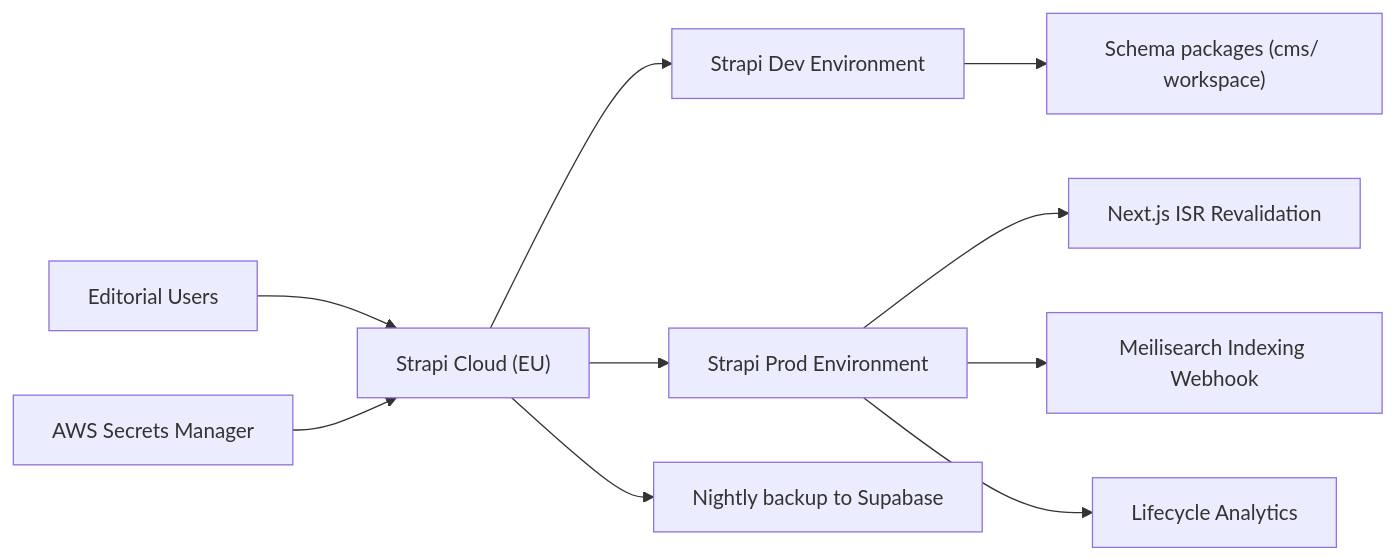
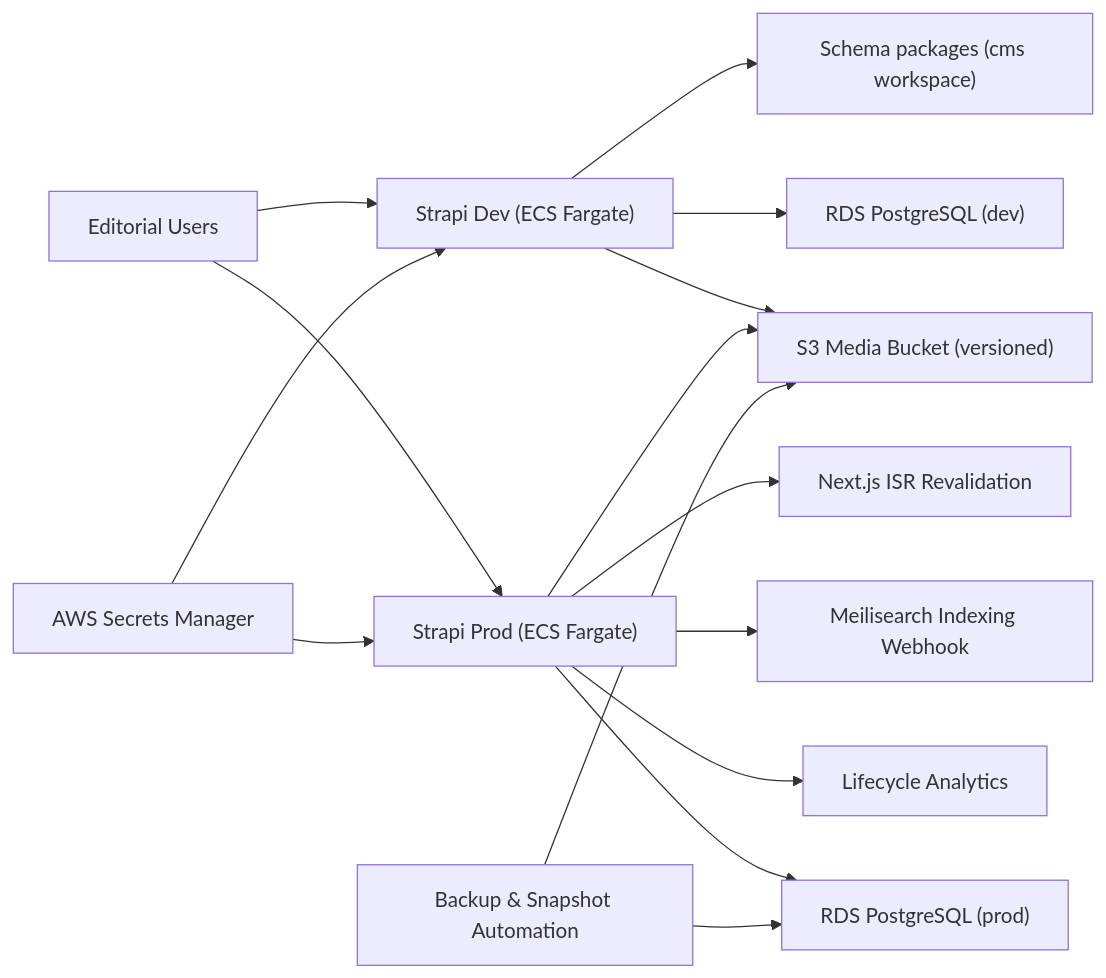
The diagram in docs/diagrams/adr-010-content-management-platform/architecture-overview.mmd (marcelkenner/clarivum), drawn with Mermaid before and after one commit. The commit also changed 75 other files, not shown here.

````diff
--- a/docs/diagrams/adr-010-content-management-platform/architecture-overview.mmd
+++ b/docs/diagrams/adr-010-content-management-platform/architecture-overview.mmd
@@ -1,12 +1,17 @@
 ```mermaid
 flowchart LR
-    Editors["Editorial Users"] --> StrapiCloud["Strapi Cloud (EU)"]
-    StrapiCloud --> DevEnv["Strapi Dev Environment"]
-    StrapiCloud --> ProdEnv["Strapi Prod Environment"]
-    DevEnv --> GitPackages["Schema packages (cms/ workspace)"]
-    ProdEnv --> NextRevalidate["Next.js ISR Revalidation"]
-    ProdEnv --> MeilisearchWebhook["Meilisearch Indexing Webhook"]
-    ProdEnv --> AnalyticsWebhook["Lifecycle Analytics"]
-    StrapiCloud --> SupabaseBackup["Nightly backup to Supabase"]
-    SecretsManager["AWS Secrets Manager"] --> StrapiCloud
+    Editors["Editorial Users"] --> StrapiDev["Strapi Dev (ECS Fargate)"]
+    Editors --> StrapiProd["Strapi Prod (ECS Fargate)"]
+    StrapiDev --> GitPackages["Schema packages (cms workspace)"]
+    StrapiProd --> NextRevalidate["Next.js ISR Revalidation"]
+    StrapiProd --> MeilisearchWebhook["Meilisearch Indexing Webhook"]
+    StrapiProd --> AnalyticsWebhook["Lifecycle Analytics"]
+    StrapiDev --> RDSDev["RDS PostgreSQL (dev)"]
+    StrapiProd --> RDSProd["RDS PostgreSQL (prod)"]
+    StrapiDev --> S3Media["S3 Media Bucket (versioned)"]
+    StrapiProd --> S3Media
+    SecretsManager["AWS Secrets Manager"] --> StrapiDev
+    SecretsManager --> StrapiProd
+    BackupJobs["Backup & Snapshot Automation"] --> RDSProd
+    BackupJobs --> S3Media
 ```
````
